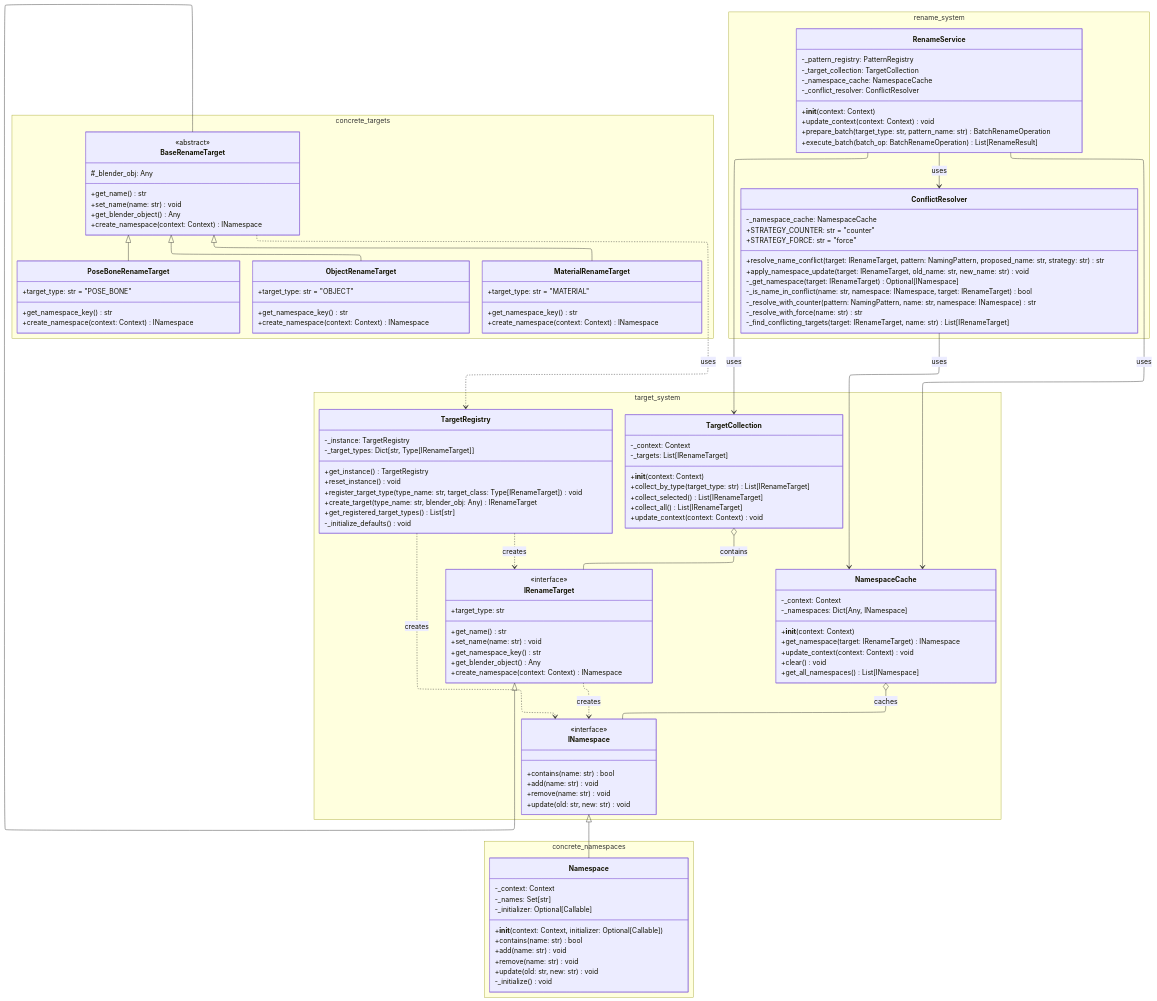
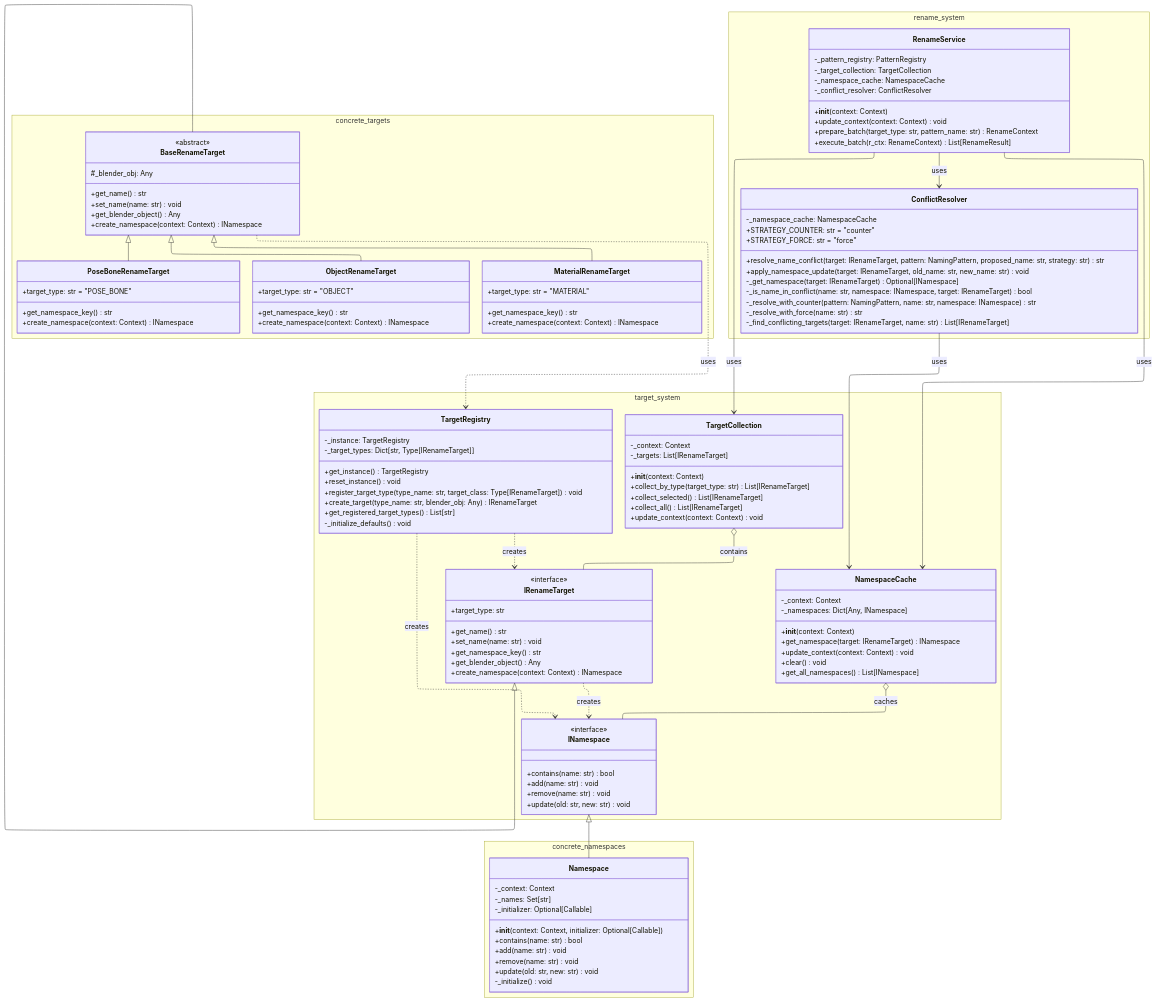
Before and after one commit to Pluglug/modular-renamer: the diagram in design_notes/new_target_system.mmd, drawn with Mermaid. The commit also changed 4 other files, not shown here.

Commit message:
BatchRenameOperation→RenameContext

```diff
--- a/design_notes/new_target_system.mmd
+++ b/design_notes/new_target_system.mmd
@@ -1,150 +1,150 @@
 ---
 config:
   layout: elk
   theme: default
   dagre:
     ranksep: 100
     nodesep: 100
     edgesep: 10
   direction: TD
 ---
 
 classDiagram
     namespace target_system {
         class TargetRegistry {
             -_instance: TargetRegistry
             -_target_types: Dict[str, Type[IRenameTarget]]
             +get_instance() TargetRegistry
             +reset_instance() void
             +register_target_type(type_name: str, target_class: Type[IRenameTarget]) void
             +create_target(type_name: str, blender_obj: Any) IRenameTarget
             +get_registered_target_types() List[str]
             -_initialize_defaults() void
         }
 
         class IRenameTarget {
             <<interface>>
             +get_name() str
             +set_name(name: str) void
             +get_namespace_key() str
             +target_type: str
             +get_blender_object() Any
             +create_namespace(context: Context) INamespace
         }
 
         class INamespace {
             <<interface>>
             +contains(name: str) bool
             +add(name: str) void
             +remove(name: str) void
             +update(old: str, new: str) void
         }
 
         class TargetCollection {
             -_context: Context
             -_targets: List[IRenameTarget]
             +__init__(context: Context)
             +collect_by_type(target_type: str) List[IRenameTarget]
             +collect_selected() List[IRenameTarget]
             +collect_all() List[IRenameTarget]
             +update_context(context: Context) void
         }
 
         class NamespaceCache {
             -_context: Context
             -_namespaces: Dict[Any, INamespace]
             +__init__(context: Context)
             +get_namespace(target: IRenameTarget) INamespace
             +update_context(context: Context) void
             +clear() void
             +get_all_namespaces() List[INamespace]
         }
     }
 
     namespace concrete_targets {
         class BaseRenameTarget {
             <<abstract>>
             #_blender_obj: Any
             +get_name() str
             +set_name(name: str) void
             +get_blender_object() Any
             +create_namespace(context: Context) INamespace
         }
 
         class ObjectRenameTarget {
             +target_type: str = "OBJECT"
             +get_namespace_key() str
             +create_namespace(context: Context) INamespace
         }
 
         class PoseBoneRenameTarget {
             +target_type: str = "POSE_BONE" 
             +get_namespace_key() str
             +create_namespace(context: Context) INamespace
         }
 
         class MaterialRenameTarget {
             +target_type: str = "MATERIAL"
             +get_namespace_key() str
             +create_namespace(context: Context) INamespace
         }
     }
 
     namespace concrete_namespaces {
         class Namespace {
             -_context: Context
             -_names: Set[str]
             -_initializer: Optional[Callable]
             +__init__(context: Context, initializer: Optional[Callable])
             +contains(name: str) bool
             +add(name: str) void
             +remove(name: str) void
             +update(old: str, new: str) void
             -_initialize() void
         }
     }
 
     namespace rename_system {
         class RenameService {
             -_pattern_registry: PatternRegistry
             -_target_collection: TargetCollection
             -_namespace_cache: NamespaceCache
             -_conflict_resolver: ConflictResolver
             +__init__(context: Context)
             +update_context(context: Context) void
-            +prepare_batch(target_type: str, pattern_name: str) BatchRenameOperation
-            +execute_batch(batch_op: BatchRenameOperation) List[RenameResult]
+            +prepare_batch(target_type: str, pattern_name: str) RenameContext
+            +execute_batch(r_ctx: RenameContext) List[RenameResult]
         }
 
         class ConflictResolver {
             -_namespace_cache: NamespaceCache
             +STRATEGY_COUNTER: str = "counter"
             +STRATEGY_FORCE: str = "force"
             +resolve_name_conflict(target: IRenameTarget, pattern: NamingPattern, proposed_name: str, strategy: str) str
             +apply_namespace_update(target: IRenameTarget, old_name: str, new_name: str) void
             -_get_namespace(target: IRenameTarget) Optional[INamespace]
             -_is_name_in_conflict(name: str, namespace: INamespace, target: IRenameTarget) bool
             -_resolve_with_counter(pattern: NamingPattern, name: str, namespace: INamespace) str
             -_resolve_with_force(name: str) str
             -_find_conflicting_targets(target: IRenameTarget, name: str) List[IRenameTarget]
         }
     }
 
     IRenameTarget <|-- BaseRenameTarget
     BaseRenameTarget <|-- ObjectRenameTarget
     BaseRenameTarget <|-- PoseBoneRenameTarget
     BaseRenameTarget <|-- MaterialRenameTarget
 
     INamespace <|-- Namespace
 
     TargetRegistry ..> IRenameTarget : creates
     TargetRegistry ..> INamespace : creates
     IRenameTarget ..> INamespace : creates
     BaseRenameTarget ..> TargetRegistry : uses
     TargetCollection o-- IRenameTarget : contains
     NamespaceCache o-- INamespace : caches
     
     RenameService --> TargetCollection : uses
     RenameService --> NamespaceCache : uses
     RenameService --> ConflictResolver : uses
     ConflictResolver --> NamespaceCache : uses
```
